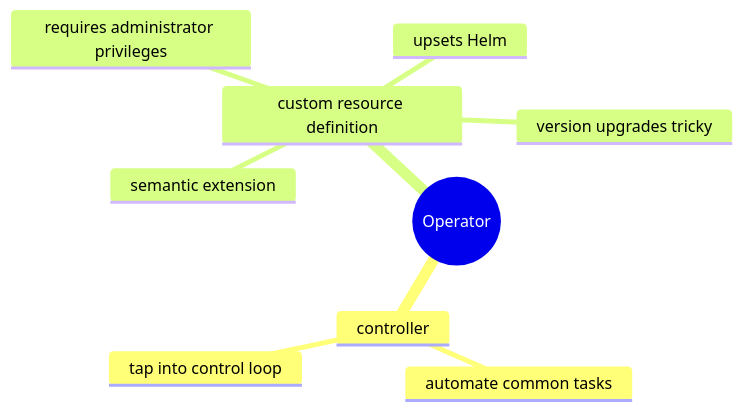
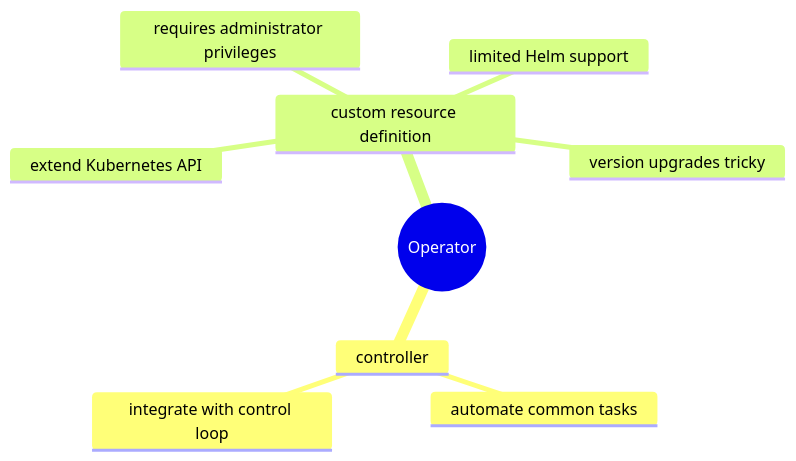
One commit to gerald1248/operator-antipattern-slides changed the diagram in mermaid/operator-split03.mmd. Above: the diagram before and after it, drawn with Mermaid. The commit also changed 36 other files, not shown here.

```diff
--- a/mermaid/operator-split03.mmd
+++ b/mermaid/operator-split03.mmd
@@ -1,16 +1,16 @@
 mindmap
   root((Operator))
     controller
       automate common tasks
       ::icon(fa fa-plus-circle)
-      tap into control loop
+      integrate with control loop
       ::icon(fa fa-plus-circle)
     custom resource definition
-      semantic extension
+      extend Kubernetes API
       ::icon(fa fa-plus-circle)
       requires administrator privileges
       ::icon(fa fa-minus-circle)
-      upsets Helm
+      limited Helm support
       ::icon(fa fa-minus-circle)
       version upgrades tricky
       ::icon(fa fa-minus-circle)
```
